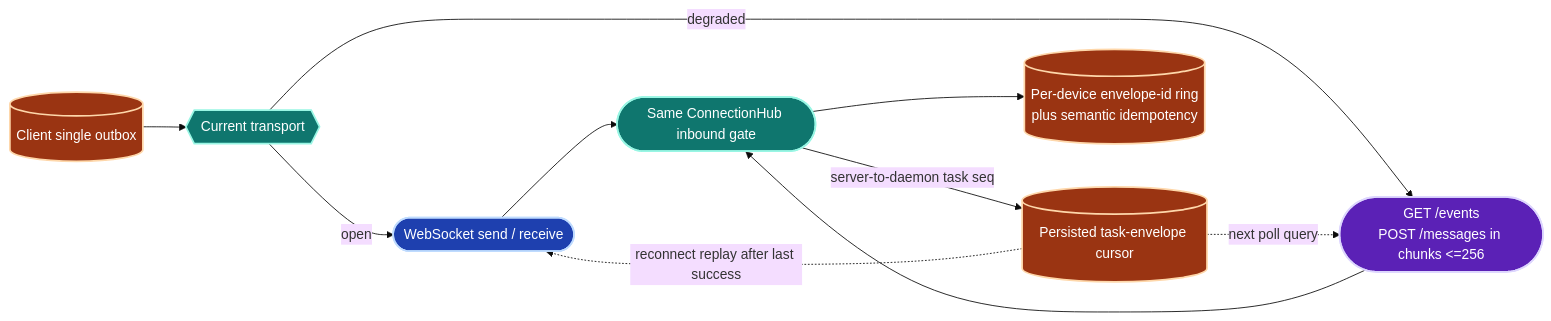
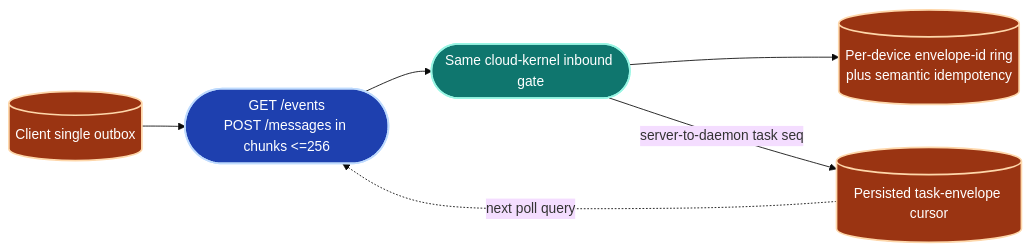
Diagram 13 of 23 in docs/architecture/sdk-architecture.md (Ancienttwo/byok-sdk), drawn with Mermaid (base theme) before and after one commit. The commit also changed other lines of this file and 10 other files, not shown here.

Commit message:
docs: align WP3B long-poll-only transport

````diff
--- a/docs/architecture/sdk-architecture.md
+++ b/docs/architecture/sdk-architecture.md
@@ -835,23 +847,17 @@
 ```mermaid
 flowchart LR
   classDef primary fill:#1e40af,stroke:#bfdbfe,stroke-width:2px,color:#fff
-  classDef alternate fill:#5b21b6,stroke:#ddd6fe,stroke-width:2px,color:#fff
   classDef store fill:#9a3412,stroke:#fed7aa,stroke-width:2px,color:#fff
   classDef gate fill:#0f766e,stroke:#99f6e4,stroke-width:2px,color:#fff
 
   Outbox[("Client single outbox")]:::store
-  Mode{{"Current transport"}}:::gate
-  WS(["WebSocket send / receive"]):::primary
-  Poll(["GET /events<br/>POST /messages in chunks <=256"]):::alternate
-  Hub(["Same ConnectionHub inbound gate"]):::gate
+  Poll(["GET /events<br/>POST /messages in chunks <=256"]):::primary
+  Cloud(["Same cloud-kernel inbound gate"]):::gate
   Cursor[("Persisted task-envelope cursor")]:::store
   Dedup[("Per-device envelope-id ring<br/>plus semantic idempotency")]:::store
 
-  Outbox --> Mode
-  Mode -->|"open"| WS --> Hub
-  Mode -->|"degraded"| Poll --> Hub
-  Hub --> Dedup
-  Hub -->|"server-to-daemon task seq"| Cursor
-  Cursor -.->|"reconnect replay after last success"| WS
+  Outbox --> Poll --> Cloud
+  Cloud --> Dedup
+  Cloud -->|"server-to-daemon task seq"| Cursor
   Cursor -.->|"next poll query"| Poll
 ```
````
